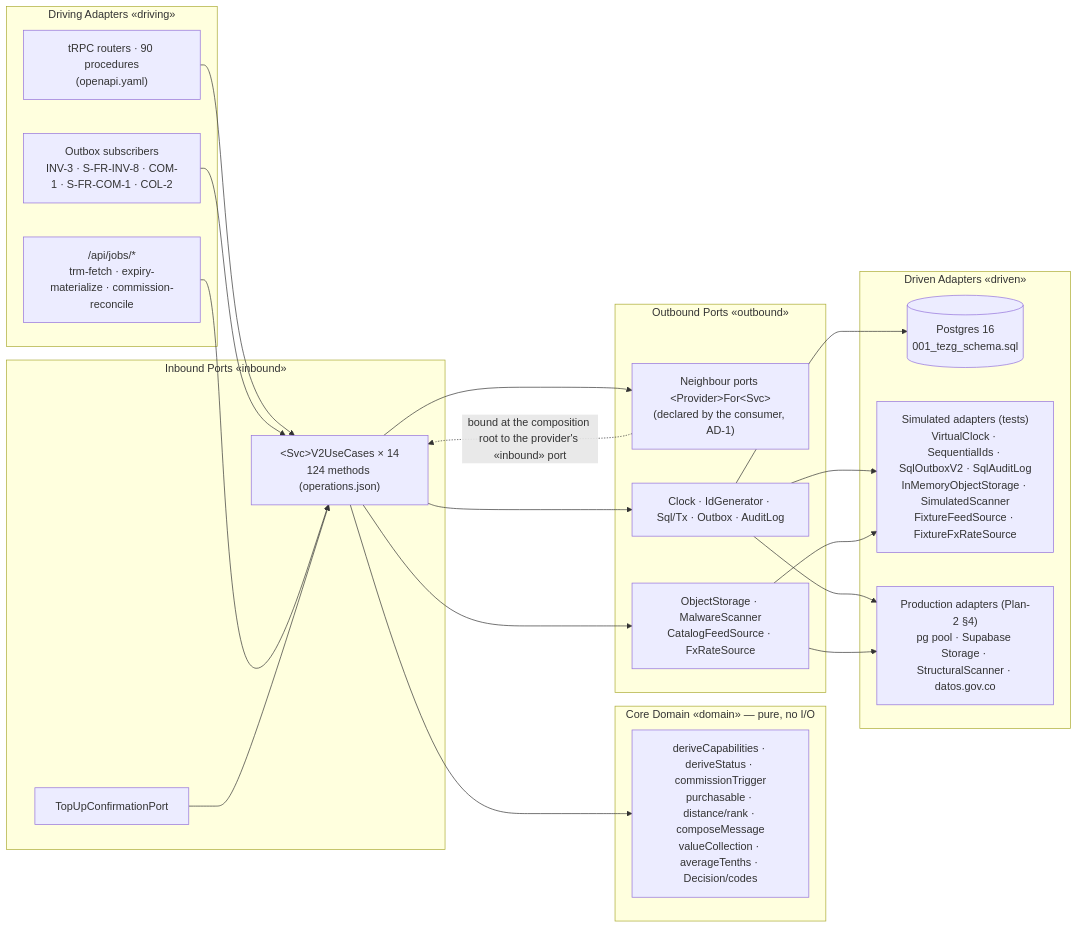
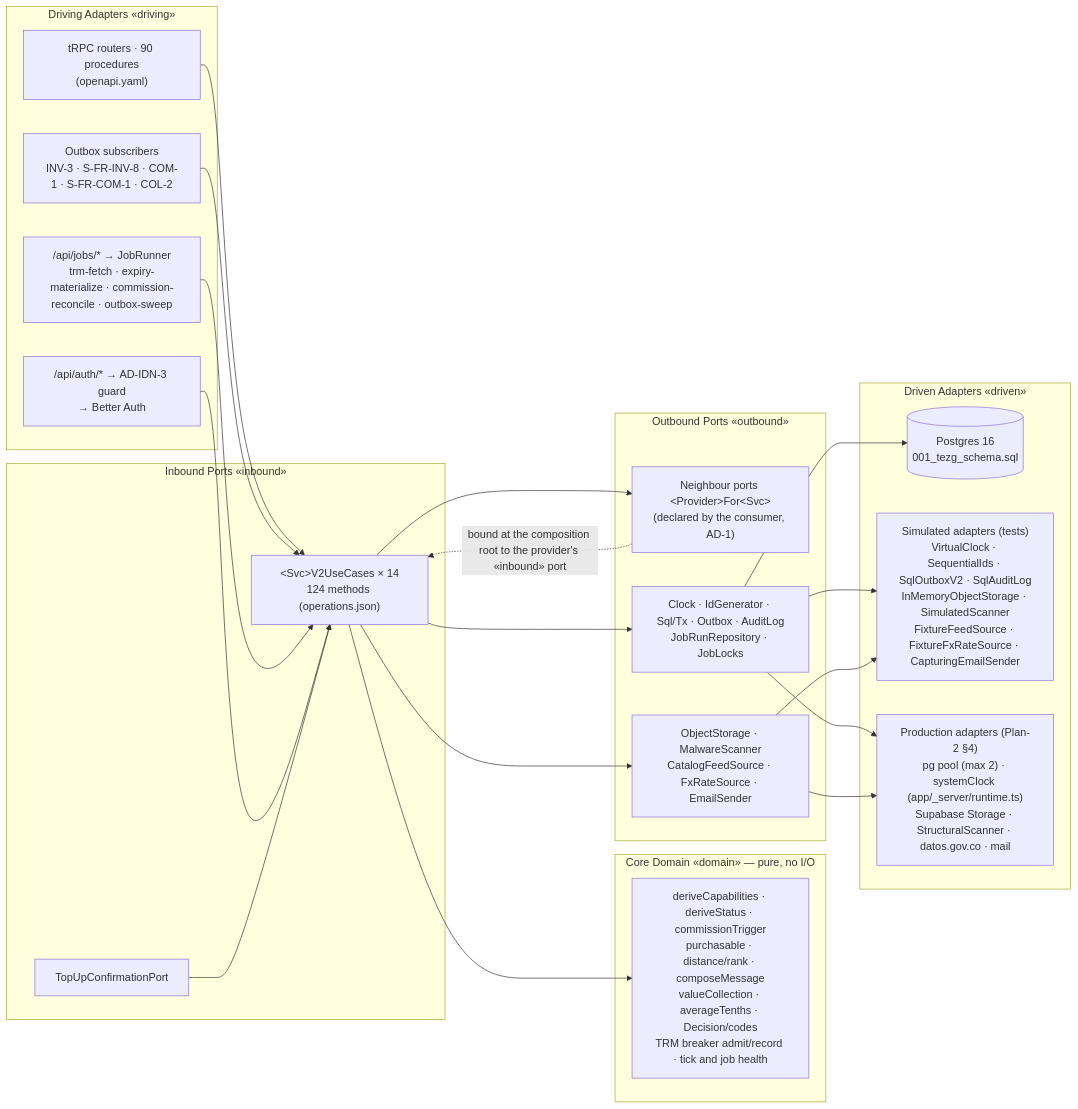
Before and after one commit to Electromayonaise/Pok-mon-TCG-Marketplace-and-Collection-Management: the diagram in _bmad-output/planning-artifacts/detailed-design/ports-and-adapters.md, drawn with Mermaid. The commit also changed other lines of this file and 5 other files, not shown here.

First line of the commit message:
docs(arch-audit F4-F7, F9): defer the four unrouted jobs, reword AD-CAT-3 rule 6, bind the Impl-2 races in §14, refresh the ports map

````diff
--- a/_bmad-output/planning-artifacts/detailed-design/ports-and-adapters.md
+++ b/_bmad-output/planning-artifacts/detailed-design/ports-and-adapters.md
@@ -147,39 +166,41 @@
 ```mermaid
 flowchart LR
   subgraph DRV["Driving Adapters «driving»"]
     trpc["tRPC routers · 90 procedures<br/>(openapi.yaml)"]
     subs["Outbox subscribers<br/>INV-3 · S-FR-INV-8 · COM-1 · S-FR-COM-1 · COL-2"]
-    jobs["/api/jobs/*<br/>trm-fetch · expiry-materialize · commission-reconcile"]
+    jobs["/api/jobs/* → JobRunner<br/>trm-fetch · expiry-materialize · commission-reconcile · outbox-sweep"]
+    auth["/api/auth/* → AD-IDN-3 guard<br/>→ Better Auth"]
   end
   subgraph IN["Inbound Ports «inbound»"]
     uc["&lt;Svc&gt;V2UseCases × 14<br/>124 methods (operations.json)"]
     topup["TopUpConfirmationPort"]
   end
   subgraph CORE["Core Domain «domain» — pure, no I/O"]
-    pol["deriveCapabilities · deriveStatus · commissionTrigger<br/>purchasable · distance/rank · composeMessage<br/>valueCollection · averageTenths · Decision/codes"]
+    pol["deriveCapabilities · deriveStatus · commissionTrigger<br/>purchasable · distance/rank · composeMessage<br/>valueCollection · averageTenths · Decision/codes<br/>TRM breaker admit/record · tick and job health"]
   end
   subgraph OUT["Outbound Ports «outbound»"]
     nb["Neighbour ports &lt;Provider&gt;For&lt;Svc&gt;<br/>(declared by the consumer, AD-1)"]
-    sys["Clock · IdGenerator · Sql/Tx · Outbox · AuditLog"]
-    ext["ObjectStorage · MalwareScanner<br/>CatalogFeedSource · FxRateSource"]
+    sys["Clock · IdGenerator · Sql/Tx · Outbox · AuditLog<br/>JobRunRepository · JobLocks"]
+    ext["ObjectStorage · MalwareScanner<br/>CatalogFeedSource · FxRateSource · EmailSender"]
   end
   subgraph DRN["Driven Adapters «driven»"]
     pg[("Postgres 16<br/>001_tezg_schema.sql")]
-    sim["Simulated adapters (tests)<br/>VirtualClock · SequentialIds · SqlOutboxV2 · SqlAuditLog<br/>InMemoryObjectStorage · SimulatedScanner<br/>FixtureFeedSource · FixtureFxRateSource"]
-    prod["Production adapters (Plan-2 §4)<br/>pg pool · Supabase Storage · StructuralScanner · datos.gov.co"]
+    sim["Simulated adapters (tests)<br/>VirtualClock · SequentialIds · SqlOutboxV2 · SqlAuditLog<br/>InMemoryObjectStorage · SimulatedScanner<br/>FixtureFeedSource · FixtureFxRateSource · CapturingEmailSender"]
+    prod["Production adapters (Plan-2 §4)<br/>pg pool (max 2) · systemClock (app/_server/runtime.ts)<br/>Supabase Storage · StructuralScanner · datos.gov.co · mail"]
   end
   trpc --> uc
   subs --> uc
   jobs --> uc
+  auth --> uc
   topup --> uc
   uc --> pol
   uc --> nb
   uc --> sys
   uc --> ext
   nb -. "bound at the composition root to the provider's «inbound» port" .-> uc
   sys --> pg
   sys --> sim
   ext --> sim
   sys --> prod
   ext --> prod
 ```
````
